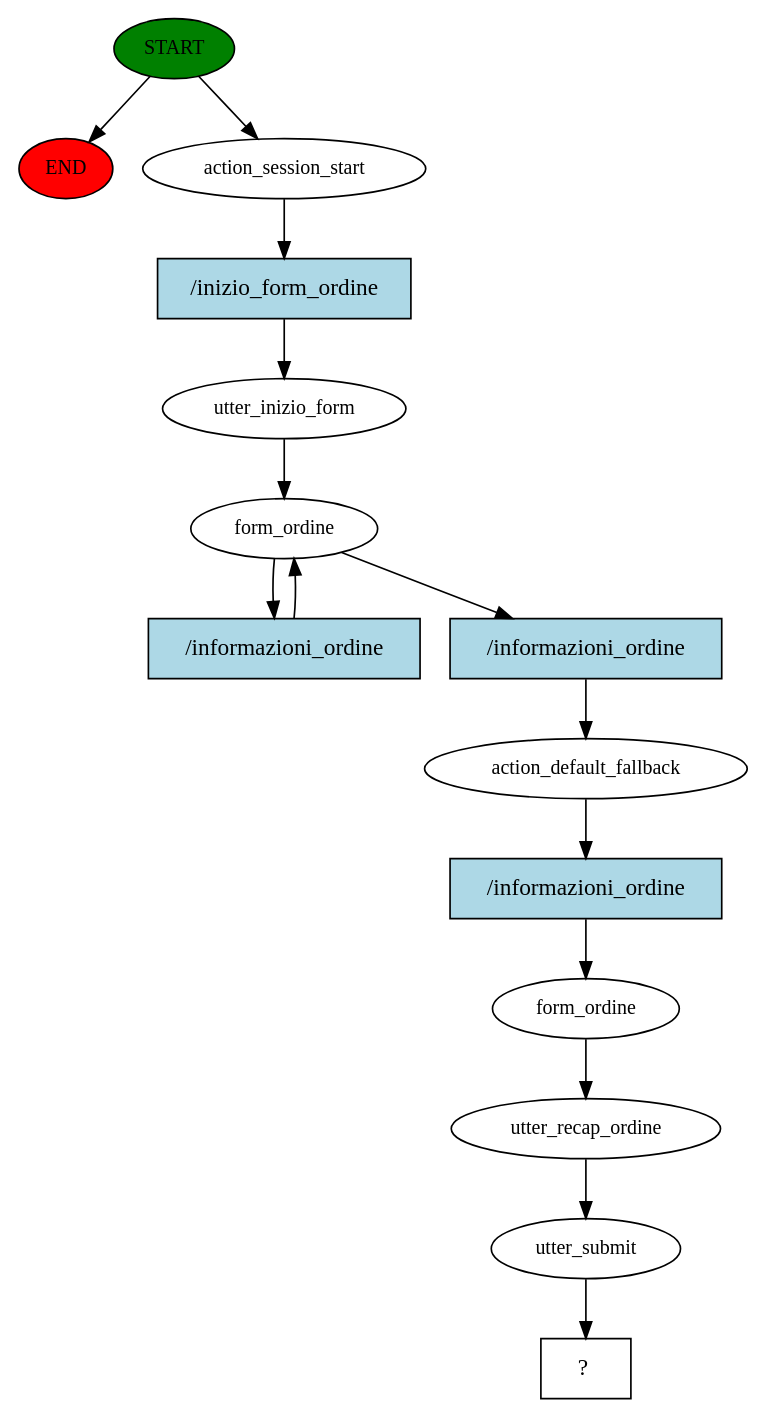
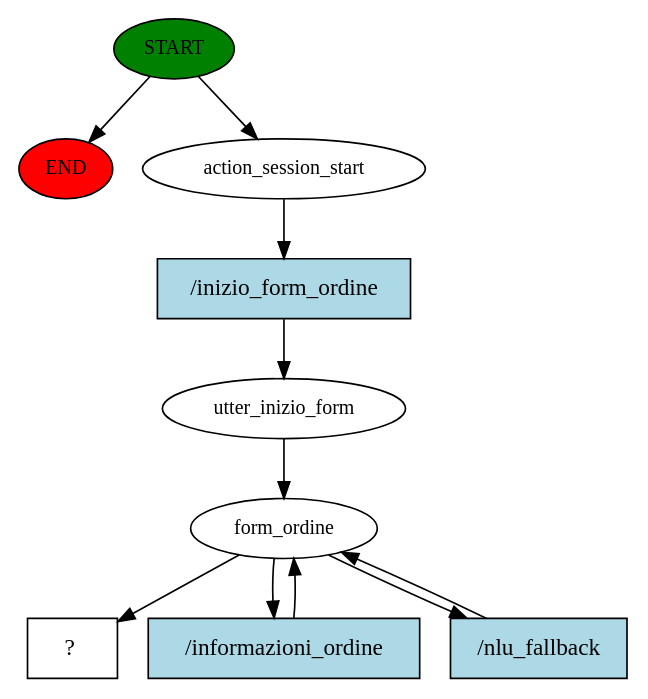
Before and after one commit to Paolo95/Rasa_Chatbot: the diagram in story_graph.dot, drawn with Graphviz. The commit also changed 8 other files, not shown here.

```diff
--- a/story_graph.dot
+++ b/story_graph.dot
@@ -1,30 +1,21 @@
 digraph  {
 0 [class="start active", fillcolor=green, fontsize=12, label=START, style=filled];
 "-1" [class=end, fillcolor=red, fontsize=12, label=END, style=filled];
 1 [class=active, fontsize=12, label=action_session_start];
 2 [class=active, fontsize=12, label=utter_inizio_form];
 3 [class=active, fontsize=12, label=form_ordine];
-14 [class=active, fontsize=12, label=action_default_fallback];
-15 [class=active, fontsize=12, label=form_ordine];
-16 [class=active, fontsize=12, label=utter_recap_ordine];
-17 [class=active, fontsize=12, label=utter_submit];
-18 [class="intent dashed active", label="  ?  ", shape=rect];
-19 [class="intent active", fillcolor=lightblue, label="/inizio_form_ordine", shape=rect, style=filled];
-20 [class="intent active", fillcolor=lightblue, label="/informazioni_ordine", shape=rect, style=filled];
-21 [class="intent active", fillcolor=lightblue, label="/informazioni_ordine", shape=rect, style=filled];
-22 [class="intent active", fillcolor=lightblue, label="/informazioni_ordine", shape=rect, style=filled];
+17 [class="intent dashed active", label="  ?  ", shape=rect];
+18 [class="intent active", fillcolor=lightblue, label="/inizio_form_ordine", shape=rect, style=filled];
+19 [class="intent active", fillcolor=lightblue, label="/informazioni_ordine", shape=rect, style=filled];
+20 [class="intent active", fillcolor=lightblue, label="/nlu_fallback", shape=rect, style=filled];
 0 -> "-1"  [class="", key=NONE, label=""];
 0 -> 1  [class=active, key=NONE, label=""];
-1 -> 19  [class=active, key=0];
+1 -> 18  [class=active, key=0];
 2 -> 3  [class=active, key=NONE, label=""];
+3 -> 17  [class=active, key=NONE, label=""];
+3 -> 19  [class=active, key=0];
 3 -> 20  [class=active, key=0];
-3 -> 21  [class=active, key=0];
-14 -> 22  [class=active, key=0];
-15 -> 16  [class=active, key=NONE, label=""];
-16 -> 17  [class=active, key=NONE, label=""];
-17 -> 18  [class=active, key=NONE, label=""];
-19 -> 2  [class=active, key=0];
+18 -> 2  [class=active, key=0];
+19 -> 3  [class=active, key=0];
 20 -> 3  [class=active, key=0];
-21 -> 14  [class=active, key=0];
-22 -> 15  [class=active, key=0];
 }
```
